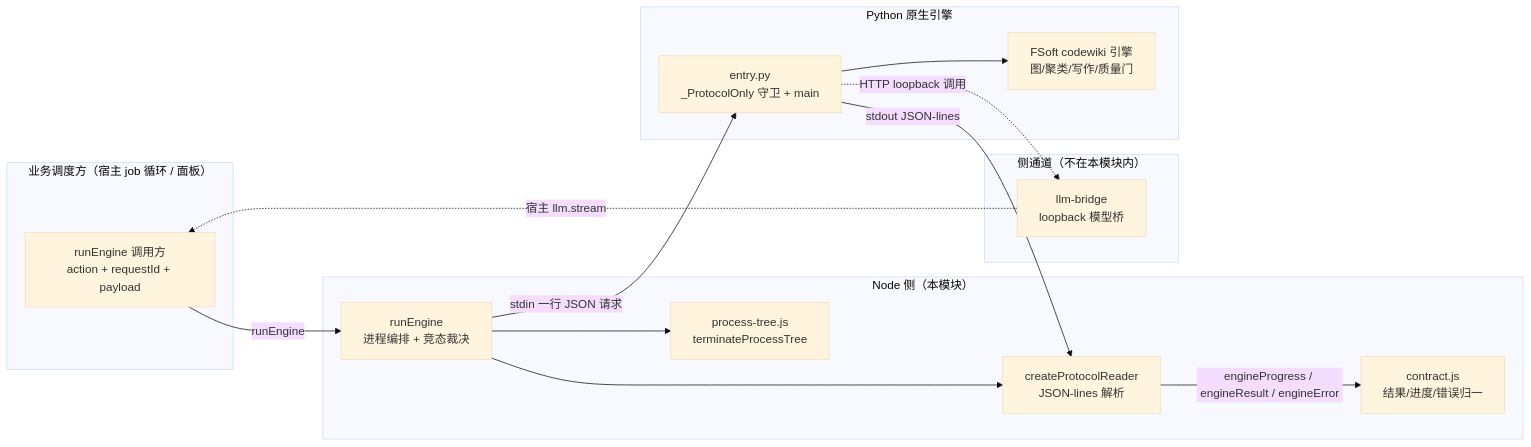
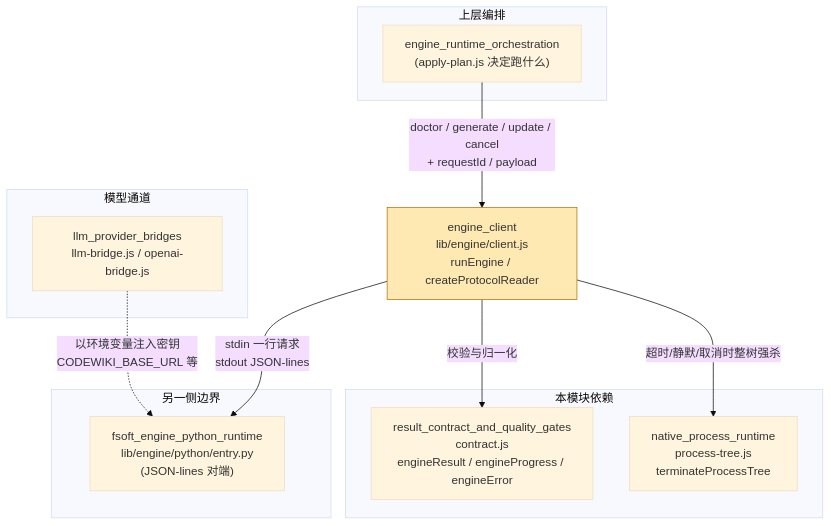
Before and after one commit to ikliml666/dsh-codewiki: the first of 3 diagrams in .codewiki/_native-state/docs/engine_client.md, drawn with Mermaid (base theme). The commit also changed other lines of this file and 79 other files, not shown here.

````diff
--- a/.codewiki/_native-state/docs/engine_client.md
+++ b/.codewiki/_native-state/docs/engine_client.md
@@ -19,29 +19,29 @@
 ```mermaid
-flowchart LR
-    subgraph 调用方["业务调度方（宿主 job 循环 / 面板）"]
-        CALLER["runEngine 调用方<br/>action + requestId + payload"]
+flowchart TD
+    subgraph 上层编排
+        A["engine_runtime_orchestration<br/>(apply-plan.js 决定跑什么)"]
     end
 
-    subgraph Node 侧["Node 侧（本模块）"]
-        RE["createProtocolReader<br/>JSON-lines 解析"]
-        RE -->|engineProgress / engineResult / engineError| CT["contract.js<br/>结果/进度/错误归一"]
-        CALLER -->|runEngine| RM["runEngine<br/>进程编排 + 竞态裁决"]
-        RM --> RE
-        RM --> PT["process-tree.js<br/>terminateProcessTree"]
+    EC["engine_client<br/>lib/engine/client.js<br/>runEngine / createProtocolReader"]
+
+    subgraph 本模块依赖
+        CT["result_contract_and_quality_gates<br/>contract.js<br/>engineResult / engineProgress / engineError"]
+        PT["native_process_runtime<br/>process-tree.js<br/>terminateProcessTree"]
     end
 
-    subgraph 模型桥["侧通道（不在本模块内）"]
-        BR["llm-bridge<br/>loopback 模型桥"]
+    subgraph 另一侧边界
+        PY["fsoft_engine_python_runtime<br/>lib/engine/python/entry.py<br/>(JSON-lines 对端)"]
     end
 
-    subgraph Python 侧["Python 原生引擎"]
-        EP["entry.py<br/>_ProtocolOnly 守卫 + main"]
-        FSOFT["FSoft codewiki 引擎<br/>图/聚类/写作/质量门"]
-        EP --> FSOFT
+    subgraph 模型通道
+        BR["llm_provider_bridges<br/>llm-bridge.js / openai-bridge.js"]
     end
 
-    RM -->|stdin 一行 JSON 请求| EP
-    EP -->|stdout JSON-lines| RE
-    EP -.->|HTTP loopback 调用| BR
-    BR -.->|宿主 llm.stream| CALLER
+    A -->|"doctor / generate / update / cancel<br/>+ requestId / payload"| EC
+    EC -->|"校验与归一化"| CT
+    EC -->|"超时/静默/取消时整树强杀"| PT
+    EC -->|"stdin 一行请求<br/>stdout JSON-lines"| PY
+    BR -.->|"以环境变量注入密钥<br/>CODEWIKI_BASE_URL 等"| PY
+
+    style EC fill:#ffe9b3,stroke:#b07200
 ```
````
